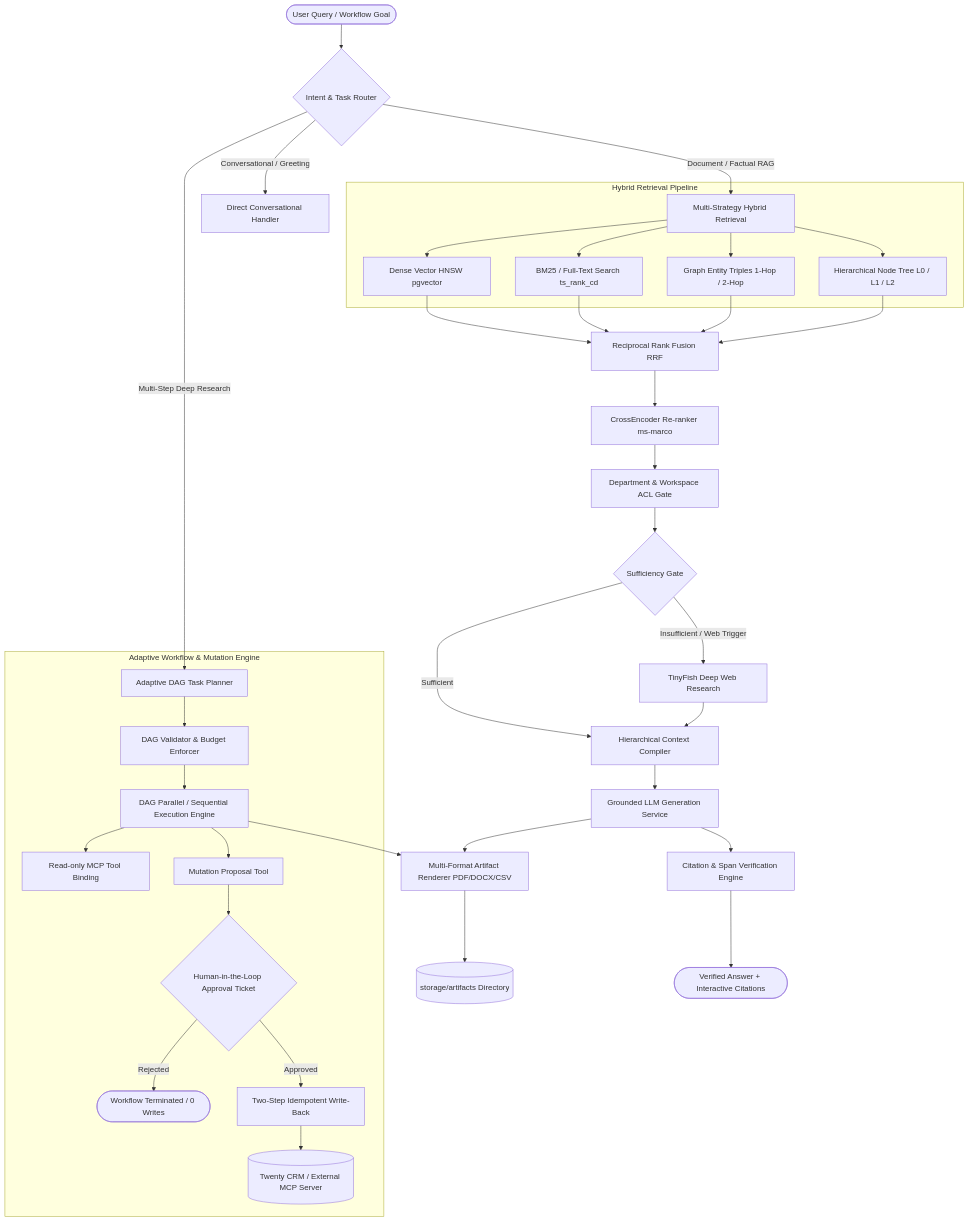
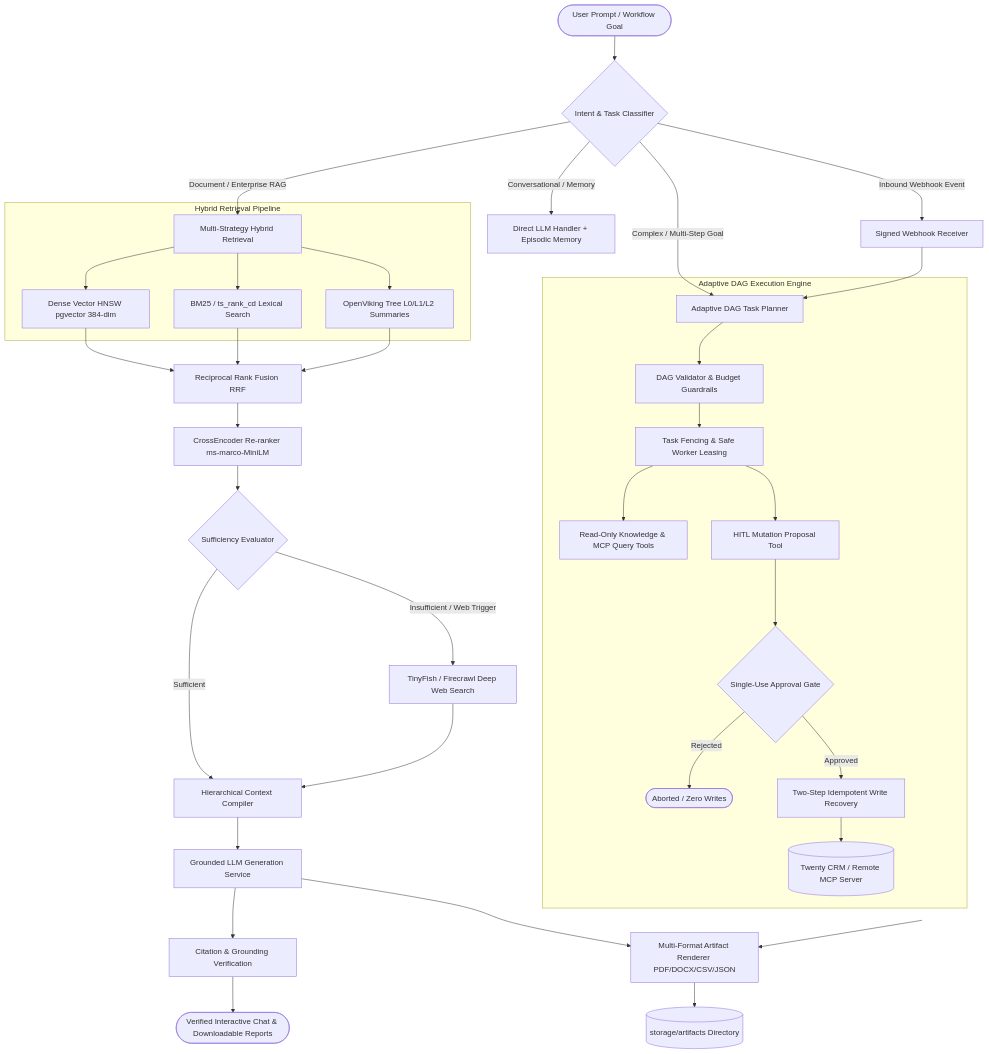
The first of 2 diagrams in README.md (chandraanimesh/knowledge-base-animesh-horizon), drawn with Mermaid before and after one commit. The commit also changed other lines of this file and 179 other files, not shown here.

First line of the commit message:
feat(milestone-10): adaptive agent runtime, docker-compose full stack & universal provider support

````diff
--- a/README.md
+++ b/README.md
@@ -246,43 +54,42 @@
 ```mermaid
 flowchart TD
-    UserQuery([User Query / Workflow Goal]) --> Router{Intent & Task Router}
-    
-    Router -->|Conversational / Greeting| DirectLLM[Direct Conversational Handler]
-    Router -->|Document / Factual RAG| MultiRetrieval[Multi-Strategy Hybrid Retrieval]
-    Router -->|Multi-Step Deep Research| AdaptiveDAG[Adaptive DAG Task Planner]
-    
-    subgraph MultiRetrievalEngine [Hybrid Retrieval Pipeline]
-        MultiRetrieval --> VectorSearch[Dense Vector HNSW pgvector]
-        MultiRetrieval --> BM25[BM25 / Full-Text Search ts_rank_cd]
-        MultiRetrieval --> GraphTriples[Graph Entity Triples 1-Hop / 2-Hop]
-        MultiRetrieval --> HierarchicalTree[Hierarchical Node Tree L0 / L1 / L2]
+    UserQuery([User Prompt / Workflow Goal]) --> Router{Intent & Task Classifier}
+
+    Router -->|Conversational / Memory| DirectLLM[Direct LLM Handler + Episodic Memory]
+    Router -->|Document / Enterprise RAG| HybridRetrieval[Multi-Strategy Hybrid Retrieval]
+    Router -->|Complex / Multi-Step Goal| AdaptiveDAG[Adaptive DAG Task Planner]
+    Router -->|Inbound Webhook Event| WebhookTrigger[Signed Webhook Receiver]
+
+    subgraph HybridEngine [Hybrid Retrieval Pipeline]
+        HybridRetrieval --> VectorSearch[Dense Vector HNSW pgvector 384-dim]
+        HybridRetrieval --> BM25[BM25 / ts_rank_cd Lexical Search]
+        HybridRetrieval --> HierarchicalTree[OpenViking Tree L0/L1/L2 Summaries]
     end
-    
-    VectorSearch & BM25 & GraphTriples & HierarchicalTree --> RRF[Reciprocal Rank Fusion RRF]
-    RRF --> CrossEncoder[CrossEncoder Re-ranker ms-marco]
-    CrossEncoder --> ACLFilter[Department & Workspace ACL Gate]
-    
-    ACLFilter --> SufficiencyCheck{Sufficiency Gate}
-    SufficiencyCheck -->|Sufficient| ContextCompiler[Hierarchical Context Compiler]
-    SufficiencyCheck -->|Insufficient / Web Trigger| WebResearch[TinyFish Deep Web Research]
+
+    VectorSearch & BM25 & HierarchicalTree --> RRF[Reciprocal Rank Fusion RRF]
+    RRF --> CrossEncoder[CrossEncoder Re-ranker ms-marco-MiniLM]
+    CrossEncoder --> SufficiencyGate{Sufficiency Evaluator}
+
+    SufficiencyGate -->|Sufficient| ContextCompiler[Hierarchical Context Compiler]
+    SufficiencyGate -->|Insufficient / Web Trigger| WebResearch[TinyFish / Firecrawl Deep Web Search]
     WebResearch --> ContextCompiler
-    
+
     ContextCompiler --> GroundedGen[Grounded LLM Generation Service]
-    GroundedGen --> ProvenanceEngine[Citation & Span Verification Engine]
-    
-    subgraph OrchestrationEngine [Adaptive Workflow & Mutation Engine]
-        AdaptiveDAG --> DAGValidator[DAG Validator & Budget Enforcer]
-        DAGValidator --> Executor[DAG Parallel / Sequential Execution Engine]
-        Executor --> ReadMCP[Read-only MCP Tool Binding]
-        Executor --> ProposalTool[Mutation Proposal Tool]
-        ProposalTool --> ApprovalGate{Human-in-the-Loop Approval Ticket}
-        ApprovalGate -->|Rejected| Terminate([Workflow Terminated / 0 Writes])
-        ApprovalGate -->|Approved| WriteRecovery[Two-Step Idempotent Write-Back]
-        WriteRecovery --> TwentyCRM[(Twenty CRM / External MCP Server)]
+    GroundedGen --> ProvenanceEngine[Citation & Grounding Verification]
+
+    subgraph AgentOrchestration [Adaptive DAG Execution Engine]
+        AdaptiveDAG --> DAGValidator[DAG Validator & Budget Guardrails]
+        DAGValidator --> TaskLeasing[Task Fencing & Safe Worker Leasing]
+        TaskLeasing --> ReadTools[Read-Only Knowledge & MCP Query Tools]
+        TaskLeasing --> MutationProposal[HITL Mutation Proposal Tool]
+        MutationProposal --> ApprovalTicket{Single-Use Approval Gate}
+        ApprovalTicket -->|Rejected| Terminate([Aborted / Zero Writes])
+        ApprovalTicket -->|Approved| TwoStepWrite[Two-Step Idempotent Write Recovery]
+        TwoStepWrite --> ExternalSvc[(Twenty CRM / Remote MCP Server)]
     end
-    
-    GroundedGen & Executor --> ArtifactGenerator[Multi-Format Artifact Renderer PDF/DOCX/CSV]
-    ArtifactGenerator --> ProtectedStorage[(storage/artifacts Directory)]
-    
-    ProvenanceEngine --> FinalAnswer([Verified Answer + Interactive Citations])
+
+    WebhookTrigger --> AdaptiveDAG
+    GroundedGen & AgentOrchestration --> ArtifactEngine[Multi-Format Artifact Renderer PDF/DOCX/CSV/JSON]
+    ArtifactEngine --> ProtectedStorage[(storage/artifacts Directory)]
+    ProvenanceEngine --> FinalOutput([Verified Interactive Chat & Downloadable Reports])
 ```
````
